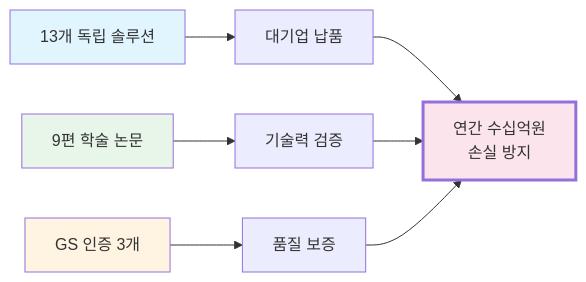
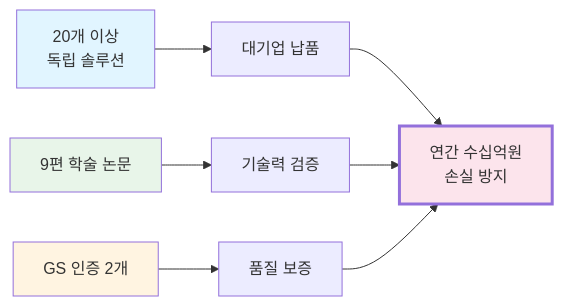
The first of 4 diagrams in portfolio/portfolio_docs/Executive_Summary/00_Overview_For_Non_Technical.md (moobaek/Testing_AI_agents_for_public_use), drawn with Mermaid before and after one commit. The commit also changed other lines of this file and 16 other files, not shown here.

First line of the commit message:
포트폴리오 문서 업데이트: GS 인증 정보 수정, Mermaid 다이어그램 옵시디언 호환성 개선, 개인 프로필 추가

````diff
--- a/portfolio/portfolio_docs/Executive_Summary/00_Overview_For_Non_Technical.md
+++ b/portfolio/portfolio_docs/Executive_Summary/00_Overview_For_Non_Technical.md
@@ -17,15 +21,15 @@
 ```mermaid
 graph LR
-    A["13개 독립 솔루션"] --> B["대기업 납품"]
+    A["20개 이상<br/>독립 솔루션"] --> B["대기업 납품"]
     C["9편 학술 논문"] --> D["기술력 검증"]
-    E["GS 인증 3개"] --> F["품질 보증"]
-    
+    E["GS 인증 2개"] --> F["품질 보증"]
+
     B --> G["연간 수십억원<br/>손실 방지"]
     D --> G
     F --> G
-    
+
     style A fill:#e1f5ff
     style C fill:#e8f5e9
     style E fill:#fff4e1
     style G fill:#fce4ec,stroke-width:3px
 ```
````
